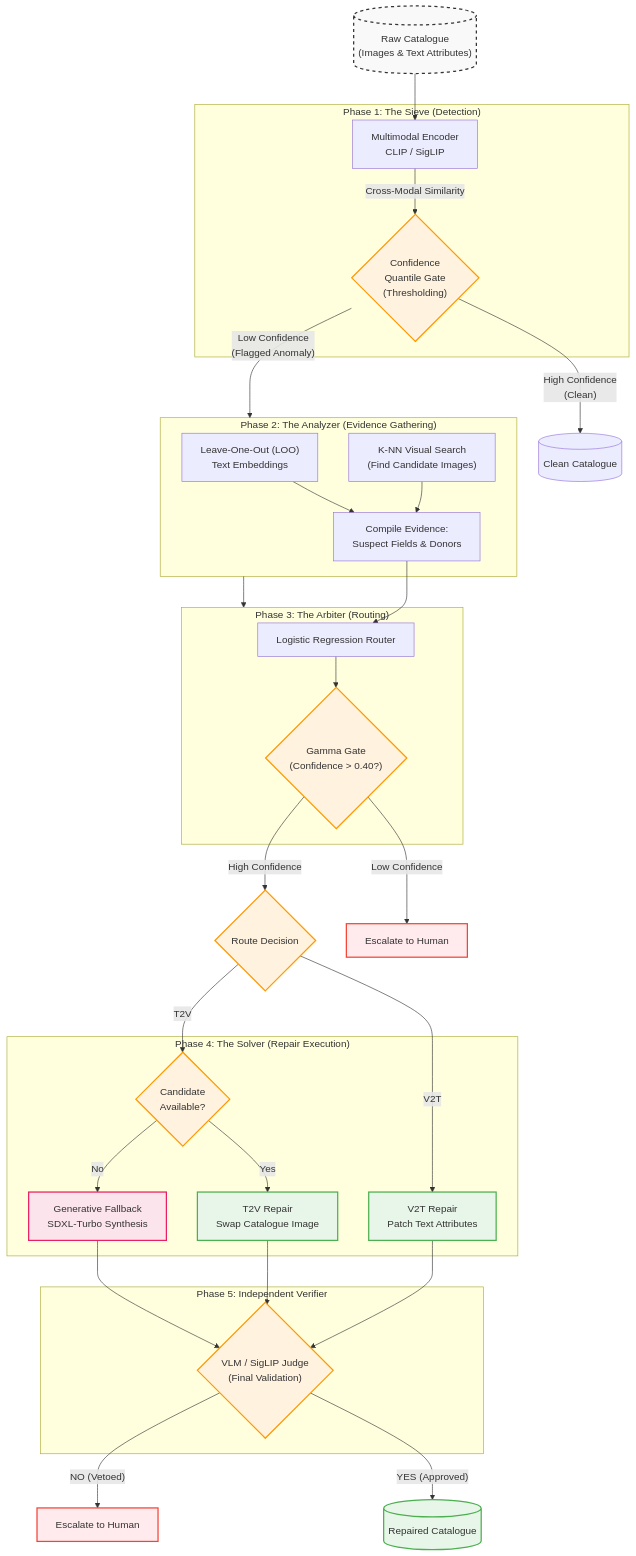
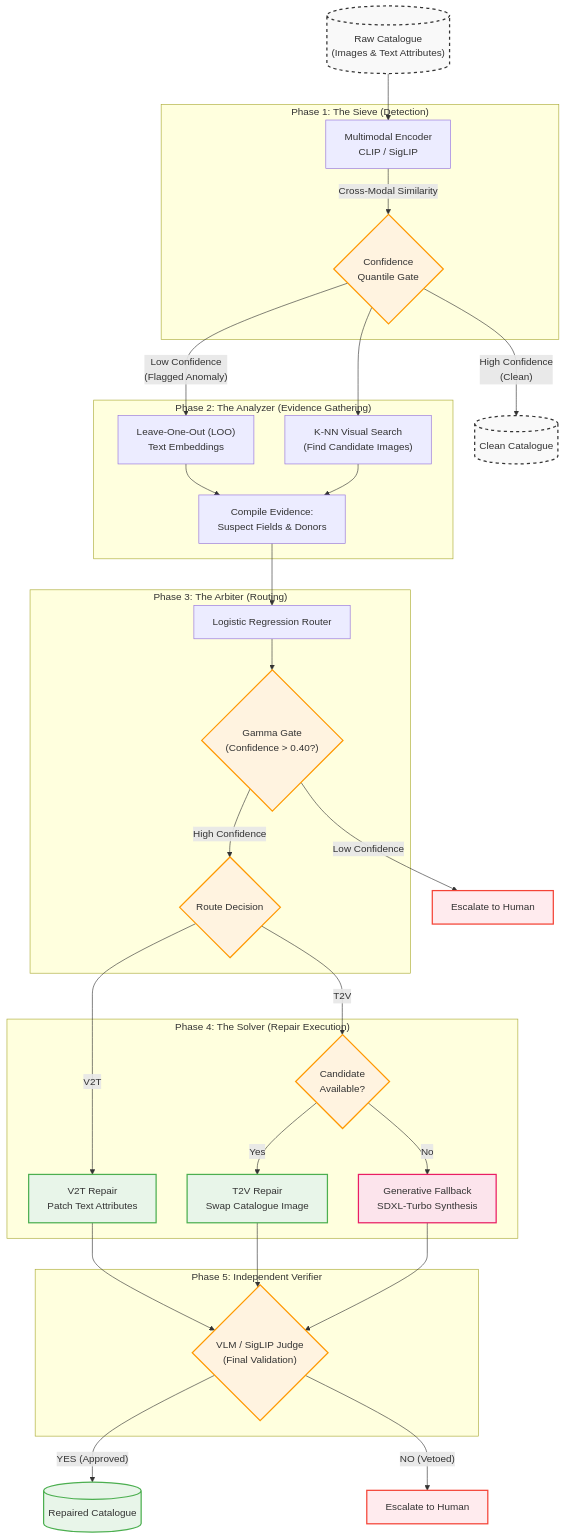
The diagram in README.md (abdullah2142/TIGeR-Text-Image-Generative-Repair), drawn with Mermaid before and after one commit. The commit also changed 1 other file, not shown here.

Commit message:
style: optimize Mermaid pipeline diagram layout

````diff
--- a/README.md
+++ b/README.md
@@ -21,72 +21,82 @@
 ```mermaid
-graph TD
+flowchart TD
     %% Styling
     classDef input fill:#f9f9f9,stroke:#333,stroke-width:2px,stroke-dasharray: 5 5
     classDef phase fill:#e1f5fe,stroke:#03a9f4,stroke-width:2px
     classDef gate fill:#fff3e0,stroke:#ff9800,stroke-width:2px
     classDef action fill:#e8f5e9,stroke:#4caf50,stroke-width:2px
     classDef fallback fill:#fce4ec,stroke:#e91e63,stroke-width:2px
     classDef human fill:#ffebee,stroke:#f44336,stroke-width:2px
 
-    %% Inputs
+    %% Main Input
     RawDB[("Raw Catalogue<br/>(Images & Text Attributes)")]:::input
 
-    %% Phase 1: Sieve
+    %% Phase 1
     subgraph Phase1 ["Phase 1: The Sieve (Detection)"]
         Enc["Multimodal Encoder<br/>CLIP / SigLIP"]
-        QGate{"Confidence<br/>Quantile Gate<br/>(Thresholding)"}:::gate
+        QGate{"Confidence<br/>Quantile Gate"}:::gate
     end
 
-    RawDB --> Enc
-    Enc -- "Cross-Modal Similarity" --> QGate
-    QGate -- "High Confidence<br/>(Clean)" --> CleanData[("Clean Catalogue")]
-    QGate -- "Low Confidence<br/>(Flagged Anomaly)" --> Phase2
-
-    %% Phase 2: Analyzer
+    %% Phase 2
     subgraph Phase2 ["Phase 2: The Analyzer (Evidence Gathering)"]
         LOO["Leave-One-Out (LOO)<br/>Text Embeddings"]
         KNN["K-NN Visual Search<br/>(Find Candidate Images)"]
         Evid["Compile Evidence:<br/>Suspect Fields & Donors"]
     end
 
-    LOO --> Evid
-    KNN --> Evid
-    Phase2 --> Phase3
-
-    %% Phase 3: Arbiter
+    %% Phase 3
     subgraph Phase3 ["Phase 3: The Arbiter (Routing)"]
         LogReg["Logistic Regression Router"]
         GammaGate{"Gamma Gate<br/>(Confidence > 0.40?)"}:::gate
+        RouteSplit{"Route Decision"}:::gate
     end
 
+    %% Phase 4
+    subgraph Phase4 ["Phase 4: The Solver (Repair Execution)"]
+        V2T["V2T Repair<br/>Patch Text Attributes"]:::action
+        PoolCheck{"Candidate<br/>Available?"}:::gate
+        T2V["T2V Repair<br/>Swap Catalogue Image"]:::action
+        GenFallback["Generative Fallback<br/>SDXL-Turbo Synthesis"]:::fallback
+    end
+
+    %% Phase 5
+    subgraph Phase5 ["Phase 5: Independent Verifier"]
+        Judge{"VLM / SigLIP Judge<br/>(Final Validation)"}:::gate
+    end
+
+    %% External Outcomes
+    CleanData[("Clean Catalogue")]:::input
+    Esc1["Escalate to Human"]:::human
+    Esc2["Escalate to Human"]:::human
+    Commit[("Repaired Catalogue")]:::action
+
+    %% Graph Connections
+    RawDB --> Enc
+    Enc -- "Cross-Modal Similarity" --> QGate
+    
+    QGate -- "High Confidence<br/>(Clean)" --> CleanData
+    QGate -- "Low Confidence<br/>(Flagged Anomaly)" --> LOO
+    QGate --> KNN
+
+    LOO --> Evid
+    KNN --> Evid
+    
     Evid --> LogReg
     LogReg --> GammaGate
 
-    GammaGate -- "Low Confidence" --> Esc1["Escalate to Human"]:::human
-    GammaGate -- "High Confidence" --> RouteSplit{"Route Decision"}:::gate
-
-    %% Phase 4: Solver
-    subgraph Phase4 ["Phase 4: The Solver (Repair Execution)"]
-        V2T["V2T Repair<br/>Patch Text Attributes"]:::action
-        T2V["T2V Repair<br/>Swap Catalogue Image"]:::action
-        GenFallback["Generative Fallback<br/>SDXL-Turbo Synthesis"]:::fallback
-        PoolCheck{"Candidate<br/>Available?"}:::gate
-    end
+    GammaGate -- "Low Confidence" --> Esc1
+    GammaGate -- "High Confidence" --> RouteSplit
 
     RouteSplit -- "V2T" --> V2T
     RouteSplit -- "T2V" --> PoolCheck
+    
     PoolCheck -- "Yes" --> T2V
     PoolCheck -- "No" --> GenFallback
-
-    %% Phase 5: Verification
-    subgraph Phase5 ["Phase 5: Independent Verifier"]
-        Judge{"VLM / SigLIP Judge<br/>(Final Validation)"}:::gate
-    end
 
     V2T --> Judge
     T2V --> Judge
     GenFallback --> Judge
 
-    Judge -- "YES (Approved)" --> Commit[("Repaired Catalogue")]:::action
-    Judge -- "NO (Vetoed)" --> Esc2["Escalate to Human"]:::human
+    Judge -- "YES (Approved)" --> Commit
+    Judge -- "NO (Vetoed)" --> Esc2
 ```
````
